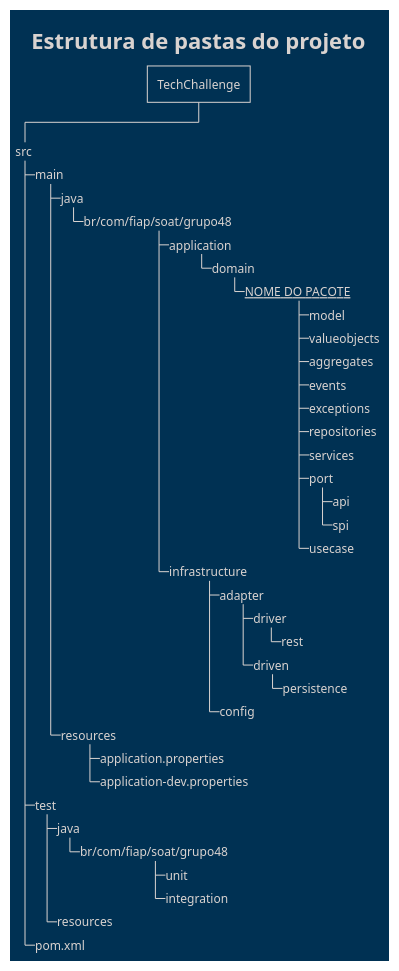
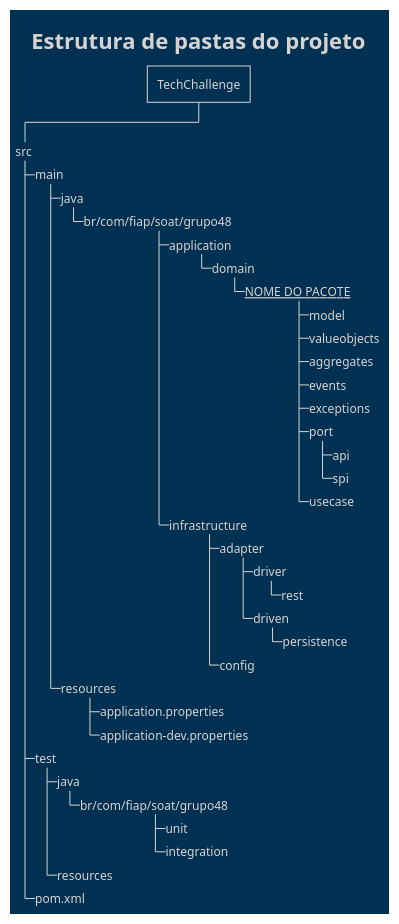
Before and after one commit to 4SOAT-G48/TechChallengeDocs: the diagram in Diagrams/Architecture/ProjectFolderStructure.puml, drawn with PlantUML. The commit also changed 1 other file, not shown here.

```diff
--- a/Diagrams/Architecture/ProjectFolderStructure.puml
+++ b/Diagrams/Architecture/ProjectFolderStructure.puml
@@ -1,49 +1,47 @@
 @startwbs ProjectFolderStructure
 
 !theme blueprint
 '!theme mimeograph
 '!theme reddress-darkblue
 '!theme vibrant
 
 title
     Estrutura de pastas do projeto
 end title
 
 * TechChallenge
 **_ src
 ***_ main
 ****_ java
 *****_ br/com/fiap/soat/grupo48
 ******_ application
 *******_ domain
 ********_ __NOME DO PACOTE__
 *********_ model
 *********_ valueobjects
 *********_ aggregates
 *********_ events
 *********_ exceptions
-*********_ repositories
-*********_ services
 *********_ port
 **********_ api
 **********_ spi
 *********_ usecase
 ******_ infrastructure
 *******_ adapter
 ********_ driver
 *********_ rest
 ********_ driven
 *********_ persistence
 *******_ config
 ****_ resources
 *****_ application.properties
 *****_ application-dev.properties
 ***_ test
 ****_ java
 *****_ br/com/fiap/soat/grupo48
 ******_ unit
 ******_ integration
 ****_ resources
 ***_ pom.xml
 
 @endwbs
```
